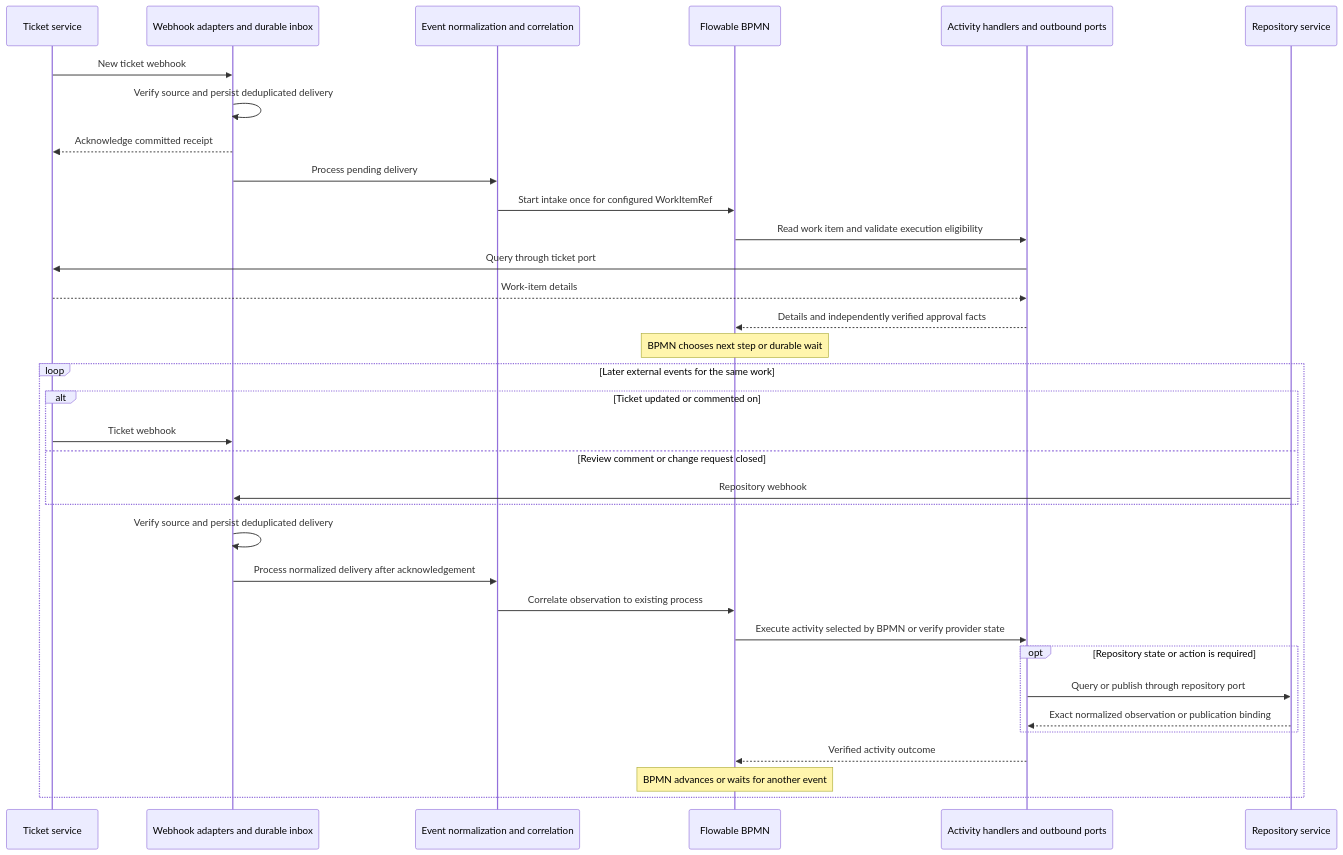
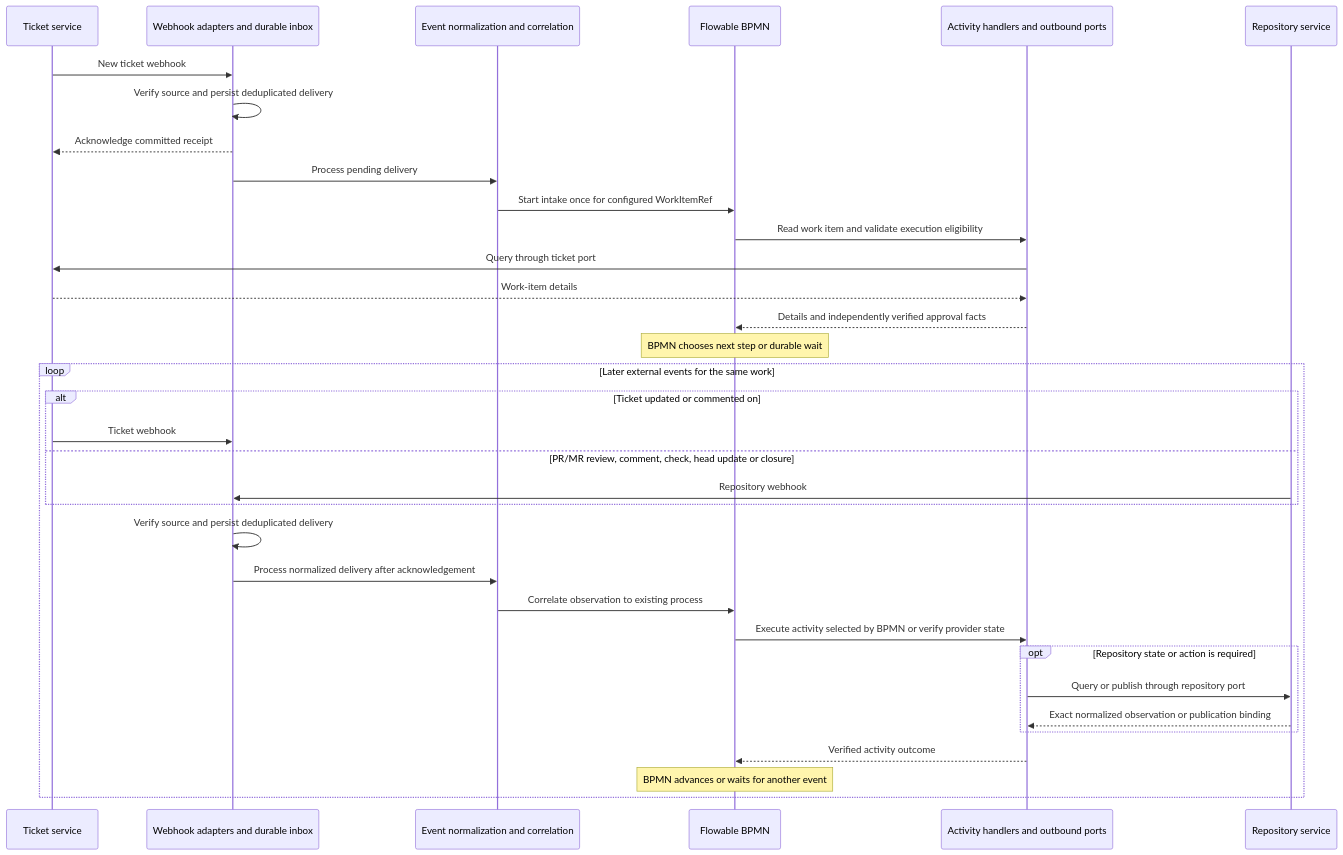
The first of 2 diagrams in docs/architecture/workflow-boundaries.md (skizzay/forgeflow), drawn with Mermaid before and after one commit. The commit also changed other lines of this file and 2 other files, not shown here.

Commit message:
Show repository-driven review, remediation and guarded merge (#77)

````diff
--- a/docs/architecture/workflow-boundaries.md
+++ b/docs/architecture/workflow-boundaries.md
@@ -68,36 +72,36 @@
 ```mermaid
 sequenceDiagram
     participant T as Ticket service
     participant I as Webhook adapters and durable inbox
     participant E as Event normalization and correlation
     participant F as Flowable BPMN
     participant A as Activity handlers and outbound ports
     participant R as Repository service
     T->>I: New ticket webhook
     I->>I: Verify source and persist deduplicated delivery
     I-->>T: Acknowledge committed receipt
     I->>E: Process pending delivery
     E->>F: Start intake once for configured WorkItemRef
     F->>A: Read work item and validate execution eligibility
     A->>T: Query through ticket port
     T-->>A: Work-item details
     A-->>F: Details and independently verified approval facts
     Note over F: BPMN chooses next step or durable wait
     loop Later external events for the same work
         alt Ticket updated or commented on
             T->>I: Ticket webhook
-        else Review comment or change request closed
+        else PR/MR review, comment, check, head update or closure
             R->>I: Repository webhook
         end
         I->>I: Verify source and persist deduplicated delivery
         I->>E: Process normalized delivery after acknowledgement
         E->>F: Correlate observation to existing process
         F->>A: Execute activity selected by BPMN or verify provider state
         opt Repository state or action is required
             A->>R: Query or publish through repository port
             R-->>A: Exact normalized observation or publication binding
         end
         A-->>F: Verified activity outcome
         Note over F: BPMN advances or waits for another event
     end
 ```
````
